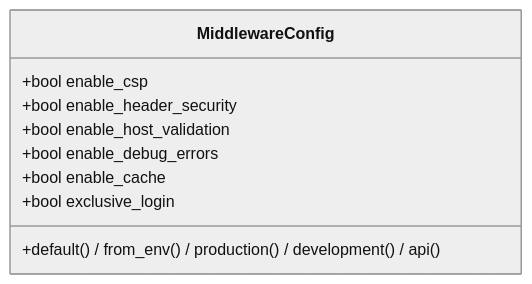
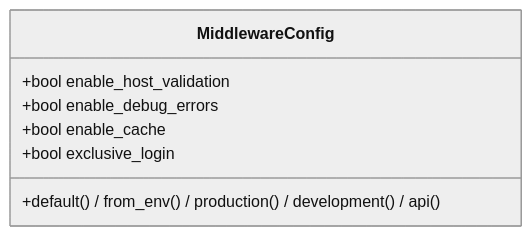
One commit to seb-alliot/runique changed the second of 3 diagrams in diagramme/uml/context/extensions-et-middleware-config.md. Above: the diagram before and after it, drawn with Mermaid (neutral theme). The commit also changed other lines of this file and 42 other files, not shown here.

````diff
--- a/diagramme/uml/context/extensions-et-middleware-config.md
+++ b/diagramme/uml/context/extensions-et-middleware-config.md
@@ -29,12 +29,10 @@
 ```mermaid
 classDiagram
     class MiddlewareConfig {
-        +bool enable_csp
-        +bool enable_header_security
         +bool enable_host_validation
         +bool enable_debug_errors
         +bool enable_cache
         +bool exclusive_login
         +default() / from_env() / production() / development() / api()
     }
 ```
````
